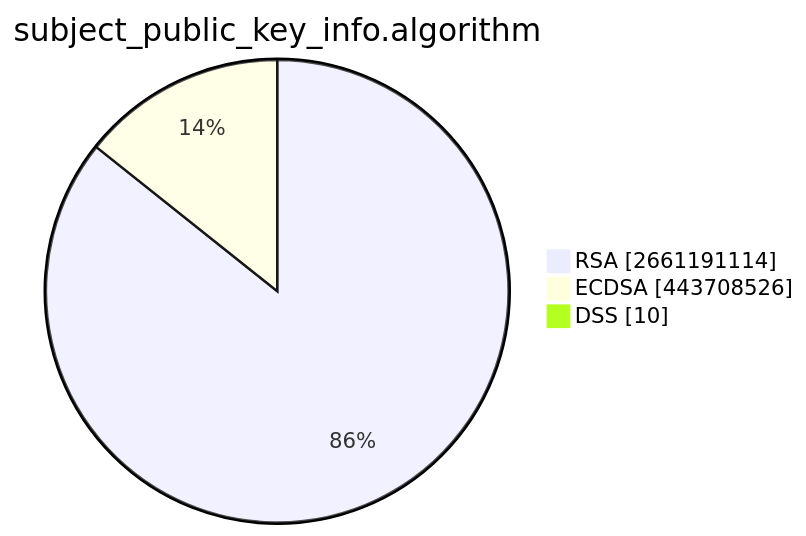
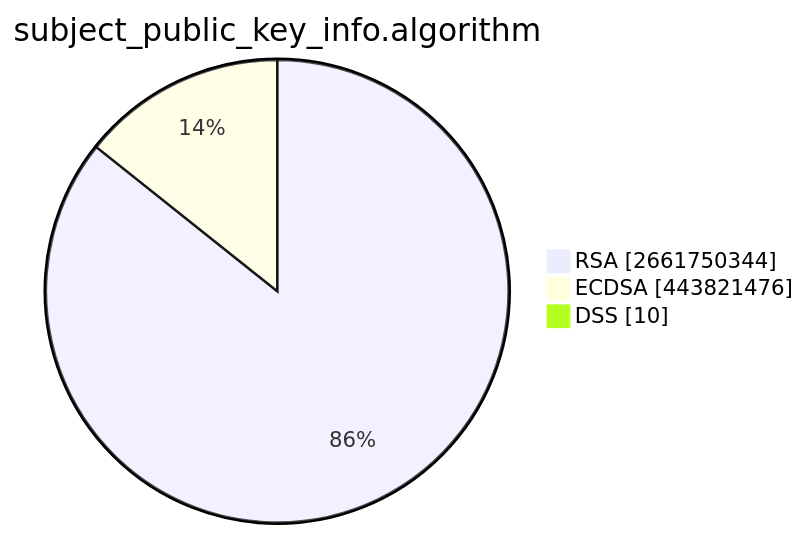
Before and after one commit to christiankrug/ctmonitor_visualization: the second of 15 diagrams in TOTAL/README.md, drawn with Mermaid. The commit also changed other lines of this file, not shown here.

````diff
--- a/TOTAL/README.md
+++ b/TOTAL/README.md
@@ -6,7 +6,7 @@
 ```mermaid
 pie showData
 title subject_public_key_info.algorithm
-"RSA" :2661191114
-"ECDSA" :443708526
+"RSA" :2661750344
+"ECDSA" :443821476
 "DSS" :10
 ```
````
